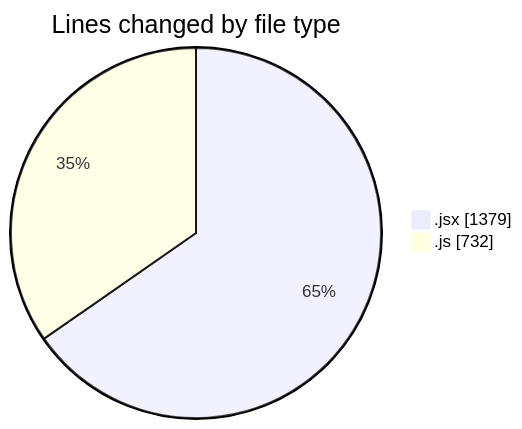
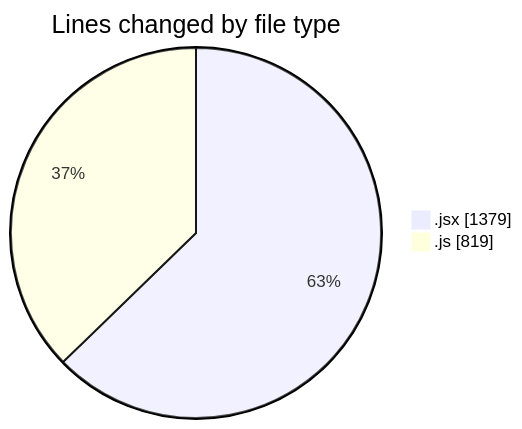
One commit to nxtqubesakshisongat/code-tracking changed the first of 2 diagrams in 2025-08-04/nxtqube_webapp/README.md. Above: the diagram before and after it, drawn with Mermaid. The commit also changed other lines of this file and 1 other file, not shown here.

````diff
--- a/2025-08-04/nxtqube_webapp/README.md
+++ b/2025-08-04/nxtqube_webapp/README.md
@@ -23,6 +23,6 @@
 ```mermaid
 pie showData
 title Lines changed by file type
 ".jsx" : 1379
-".js" : 732
+".js" : 819
 ```
````
